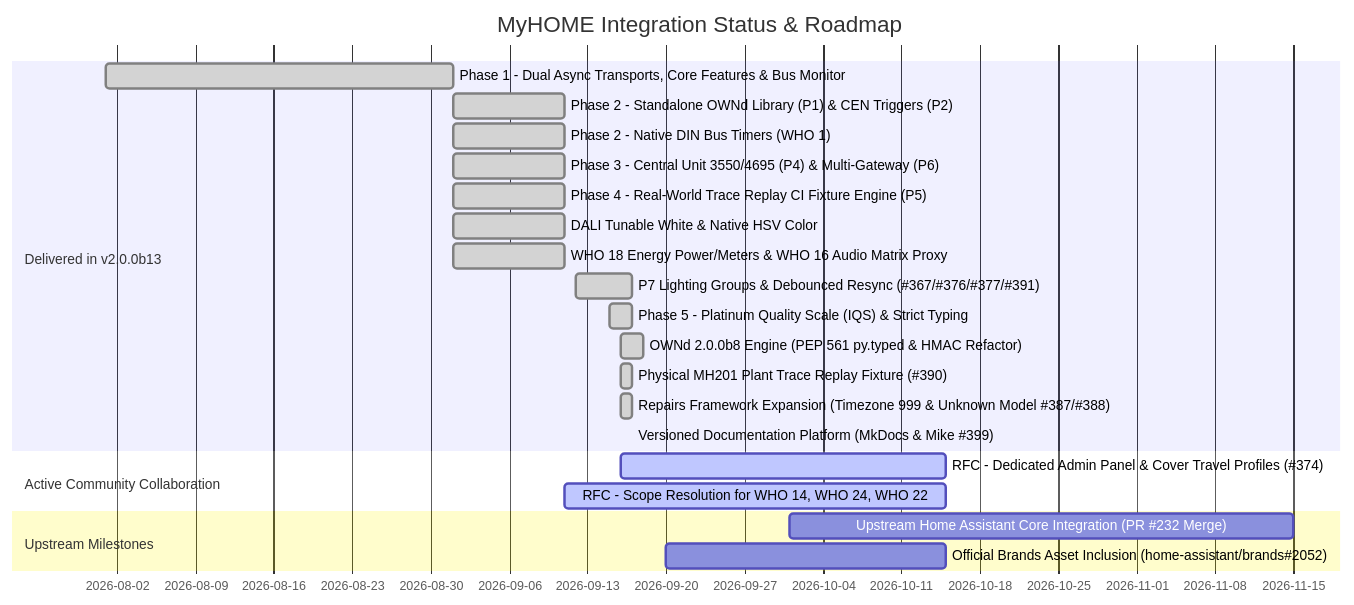
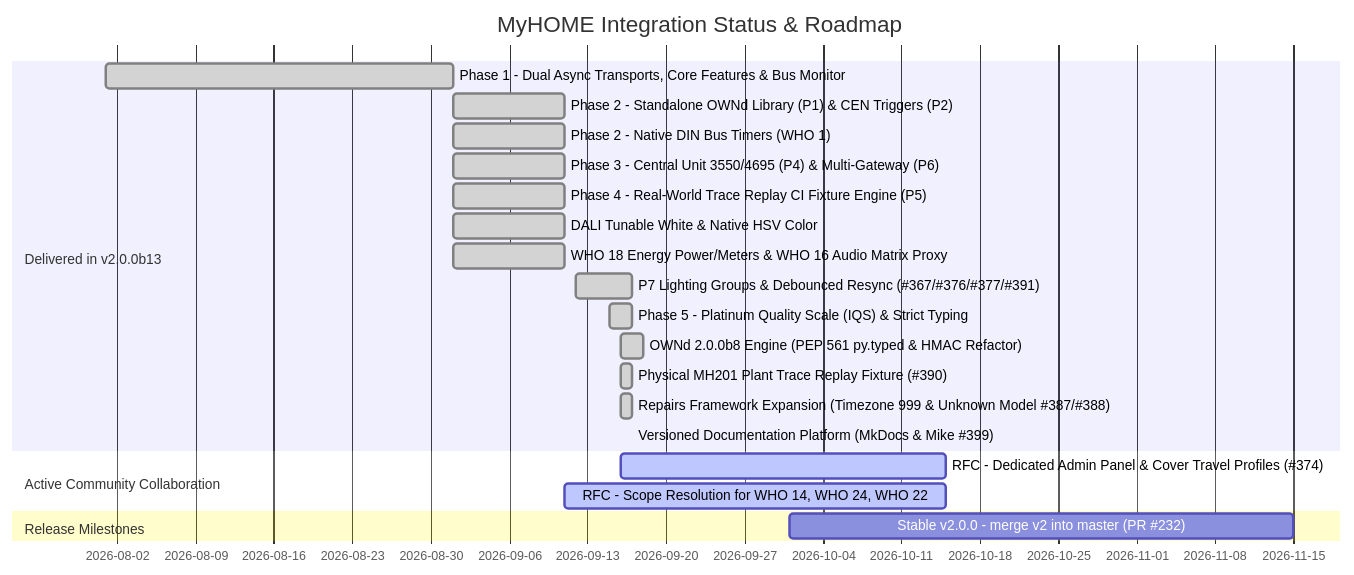
One commit to GreenGrassBlueOcean/MyHOME changed the first of 3 diagrams in ROADMAP.md. Above: the diagram before and after it, drawn with Mermaid. The commit also changed other lines of this file and 3 other files, not shown here.

First line of the commit message:
docs: correct README and ROADMAP against the repository state

````diff
--- a/ROADMAP.md
+++ b/ROADMAP.md
@@ -13,25 +13,24 @@
 ```mermaid
 gantt
     title MyHOME Integration Status & Roadmap
     dateFormat  YYYY-MM-DD
     section Delivered in v2.0.0b13
     Phase 1 - Dual Async Transports, Core Features & Bus Monitor    :done, 2026-08-01, 2026-09-01
     Phase 2 - Standalone OWNd Library (P1) & CEN Triggers (P2)      :done, 2026-09-01, 2026-09-11
     Phase 2 - Native DIN Bus Timers (WHO 1)                         :done, 2026-09-01, 2026-09-11
     Phase 3 - Central Unit 3550/4695 (P4) & Multi-Gateway (P6)      :done, 2026-09-01, 2026-09-11
     Phase 4 - Real-World Trace Replay CI Fixture Engine (P5)        :done, 2026-09-01, 2026-09-11
     DALI Tunable White & Native HSV Color                           :done, 2026-09-01, 2026-09-11
     WHO 18 Energy Power/Meters & WHO 16 Audio Matrix Proxy          :done, 2026-09-01, 2026-09-11
     P7 Lighting Groups & Debounced Resync (#367/#376/#377/#391)     :done, 2026-09-12, 2026-09-17
     Phase 5 - Platinum Quality Scale (IQS) & Strict Typing          :done, 2026-09-15, 2026-09-17
     OWNd 2.0.0b8 Engine (PEP 561 py.typed & HMAC Refactor)          :done, 2026-09-16, 2026-09-18
     Physical MH201 Plant Trace Replay Fixture (#390)                :done, 2026-09-16, 2026-09-17
     Repairs Framework Expansion (Timezone 999 & Unknown Model #387/#388) :done, 2026-09-16, 2026-09-17
     Versioned Documentation Platform (MkDocs & Mike #399)           :done, 2026-09-17, 2026-09-17
     section Active Community Collaboration
     RFC - Dedicated Admin Panel & Cover Travel Profiles (#374)      :active, 2026-09-16, 2026-10-15
     RFC - Scope Resolution for WHO 14, WHO 24, WHO 22               :active, 2026-09-11, 2026-10-15
-    section Upstream Milestones
-    Upstream Home Assistant Core Integration (PR #232 Merge)        :2026-10-01, 2026-11-15
-    Official Brands Asset Inclusion (home-assistant/brands#2052)    :2026-09-20, 2026-10-15
+    section Release Milestones
+    Stable v2.0.0 - merge v2 into master (PR #232)                  :2026-10-01, 2026-11-15
 ```
````
